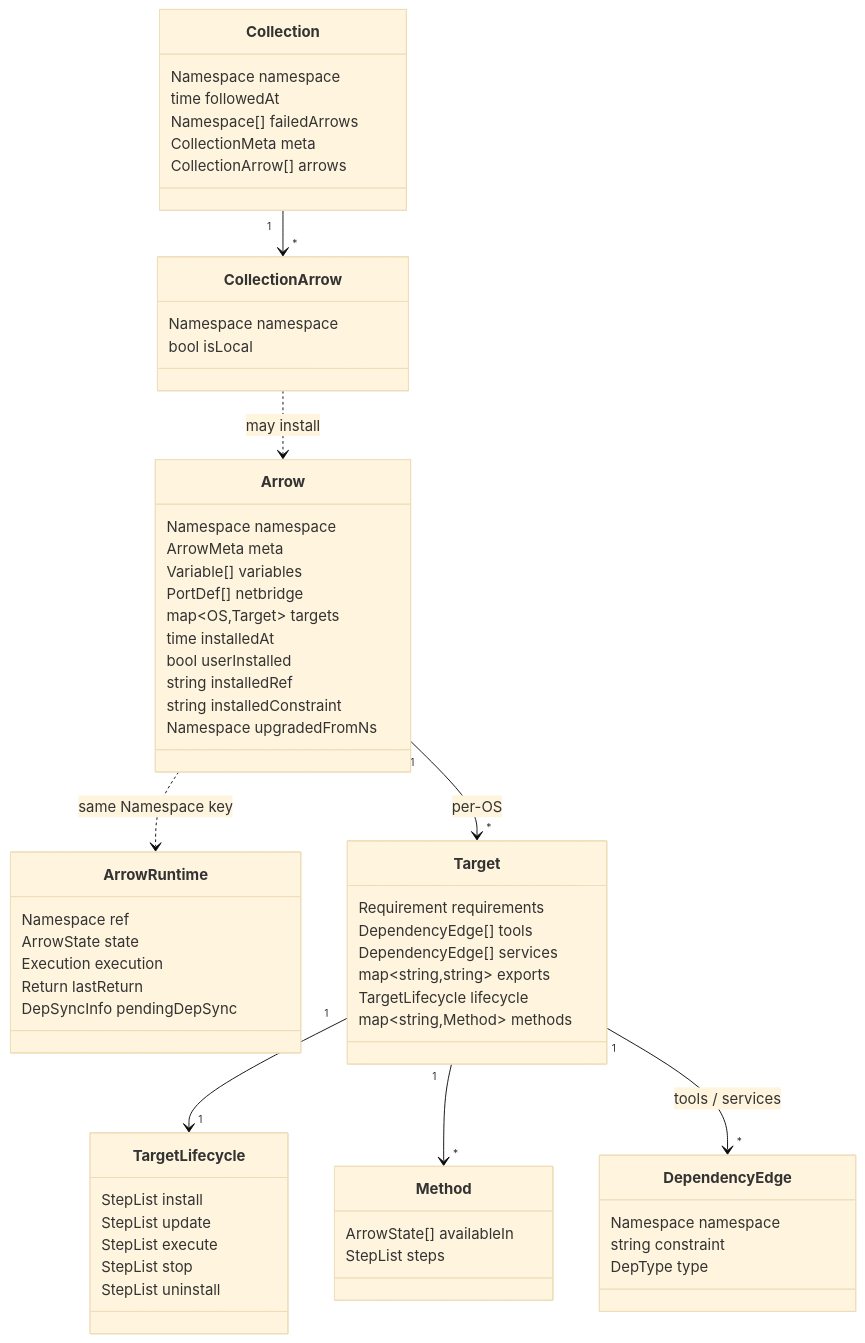
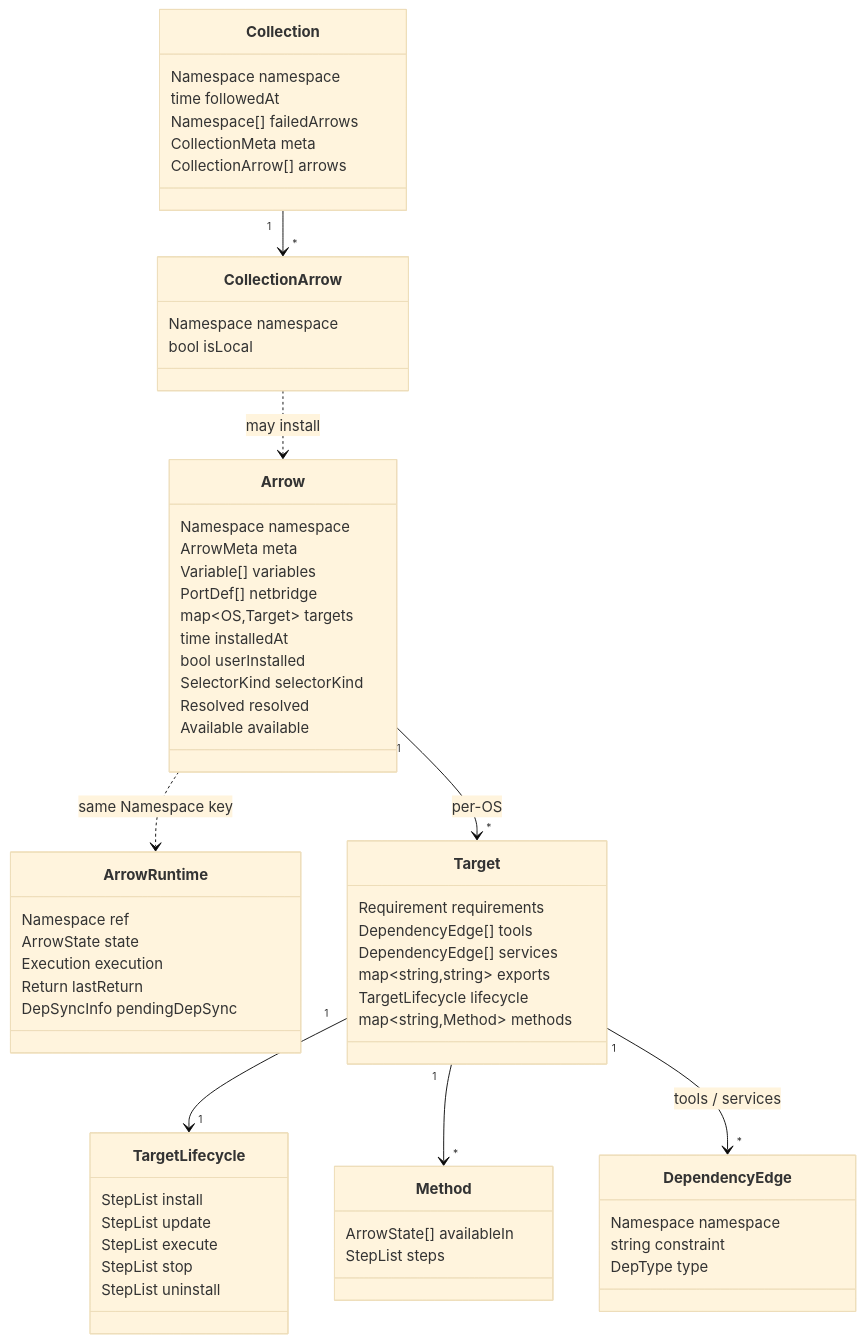
The second of 2 diagrams in docs/spec/domain.md (rabbytesoftware/quiver.core), drawn with Mermaid (base theme) before and after one commit. The commit also changed other lines of this file and 357 other files, not shown here.

````diff
--- a/docs/spec/domain.md
+++ b/docs/spec/domain.md
@@ -577,64 +584,64 @@
 ```mermaid
 classDiagram
     class Arrow {
       Namespace namespace
       ArrowMeta meta
       Variable[] variables
       PortDef[] netbridge
       map~OS,Target~ targets
       time installedAt
       bool userInstalled
-      string installedRef
-      string installedConstraint
-      Namespace upgradedFromNs
+      SelectorKind selectorKind
+      Resolved resolved
+      Available available
     }
     class ArrowRuntime {
       Namespace ref
       ArrowState state
       Execution execution
       Return lastReturn
       DepSyncInfo pendingDepSync
     }
     class Collection {
       Namespace namespace
       time followedAt
       Namespace[] failedArrows
       CollectionMeta meta
       CollectionArrow[] arrows
     }
     class Target {
       Requirement requirements
       DependencyEdge[] tools
       DependencyEdge[] services
       map~string,string~ exports
       TargetLifecycle lifecycle
       map~string,Method~ methods
     }
     class TargetLifecycle {
       StepList install
       StepList update
       StepList execute
       StepList stop
       StepList uninstall
     }
     class Method {
       ArrowState[] availableIn
       StepList steps
     }
     class DependencyEdge {
       Namespace namespace
       string constraint
       DepType type
     }
     class CollectionArrow {
       Namespace namespace
       bool isLocal
     }
     Arrow "1" --> "*" Target : per-OS
     Target "1" --> "1" TargetLifecycle
     Target "1" --> "*" Method
     Target "1" --> "*" DependencyEdge : tools / services
     Arrow ..> ArrowRuntime : same Namespace key
     Collection "1" --> "*" CollectionArrow
     CollectionArrow ..> Arrow : may install
 ```
````
